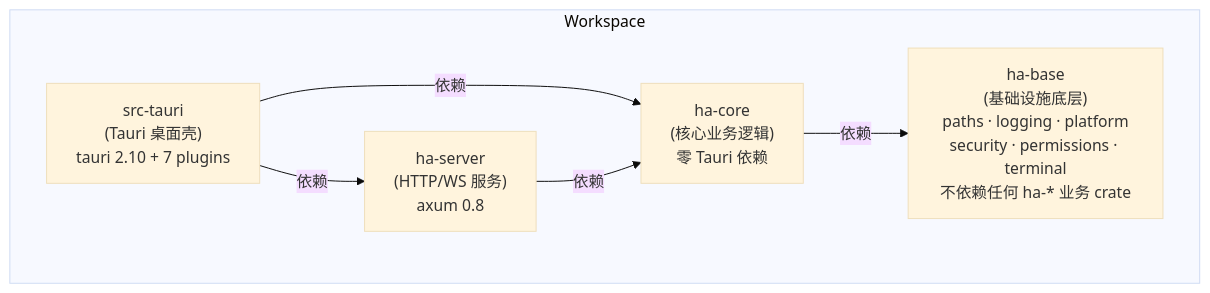
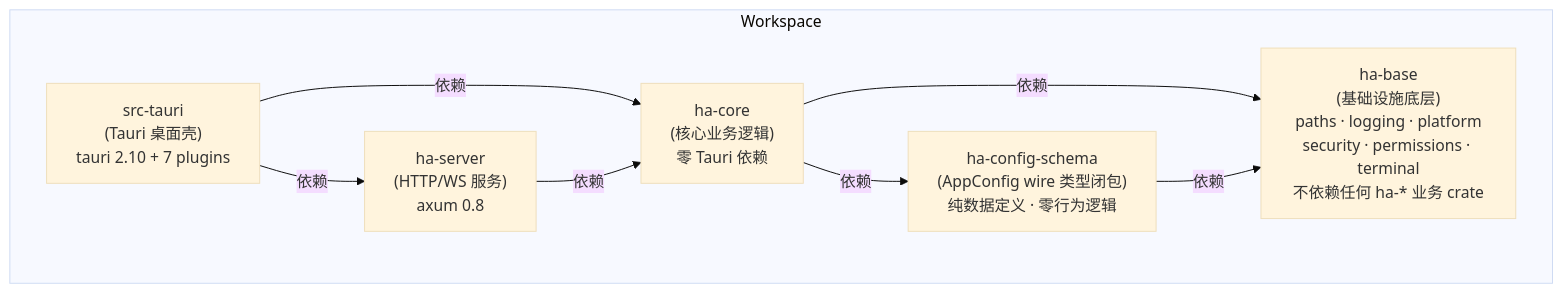
Before and after one commit to shiwenwen/hope-agent: the first of 6 diagrams in docs/architecture/backend-separation.md, drawn with Mermaid (base theme). The commit also changed other lines of this file and 108 other files, not shown here.

First line of the commit message:
refactor(crate): 拆出 ha-config-schema 配置类型层

````diff
--- a/docs/architecture/backend-separation.md
+++ b/docs/architecture/backend-separation.md
@@ -15,15 +15,18 @@
 ```mermaid
 graph TD
     subgraph Workspace
         HA_TAURI["src-tauri<br/>(Tauri 桌面壳)<br/>tauri 2.10 + 7 plugins"]
         HA_SERVER["ha-server<br/>(HTTP/WS 服务)<br/>axum 0.8"]
         HA_CORE["ha-core<br/>(核心业务逻辑)<br/>零 Tauri 依赖"]
+        HA_SCHEMA["ha-config-schema<br/>(AppConfig wire 类型闭包)<br/>纯数据定义 · 零行为逻辑"]
         HA_BASE["ha-base<br/>(基础设施底层)<br/>paths · logging · platform<br/>security · permissions · terminal<br/>不依赖任何 ha-* 业务 crate"]
     end
 
     HA_TAURI -->|"依赖"| HA_SERVER
     HA_TAURI -->|"依赖"| HA_CORE
     HA_SERVER -->|"依赖"| HA_CORE
+    HA_CORE -->|"依赖"| HA_SCHEMA
     HA_CORE -->|"依赖"| HA_BASE
+    HA_SCHEMA -->|"依赖"| HA_BASE
 
 ```
````
